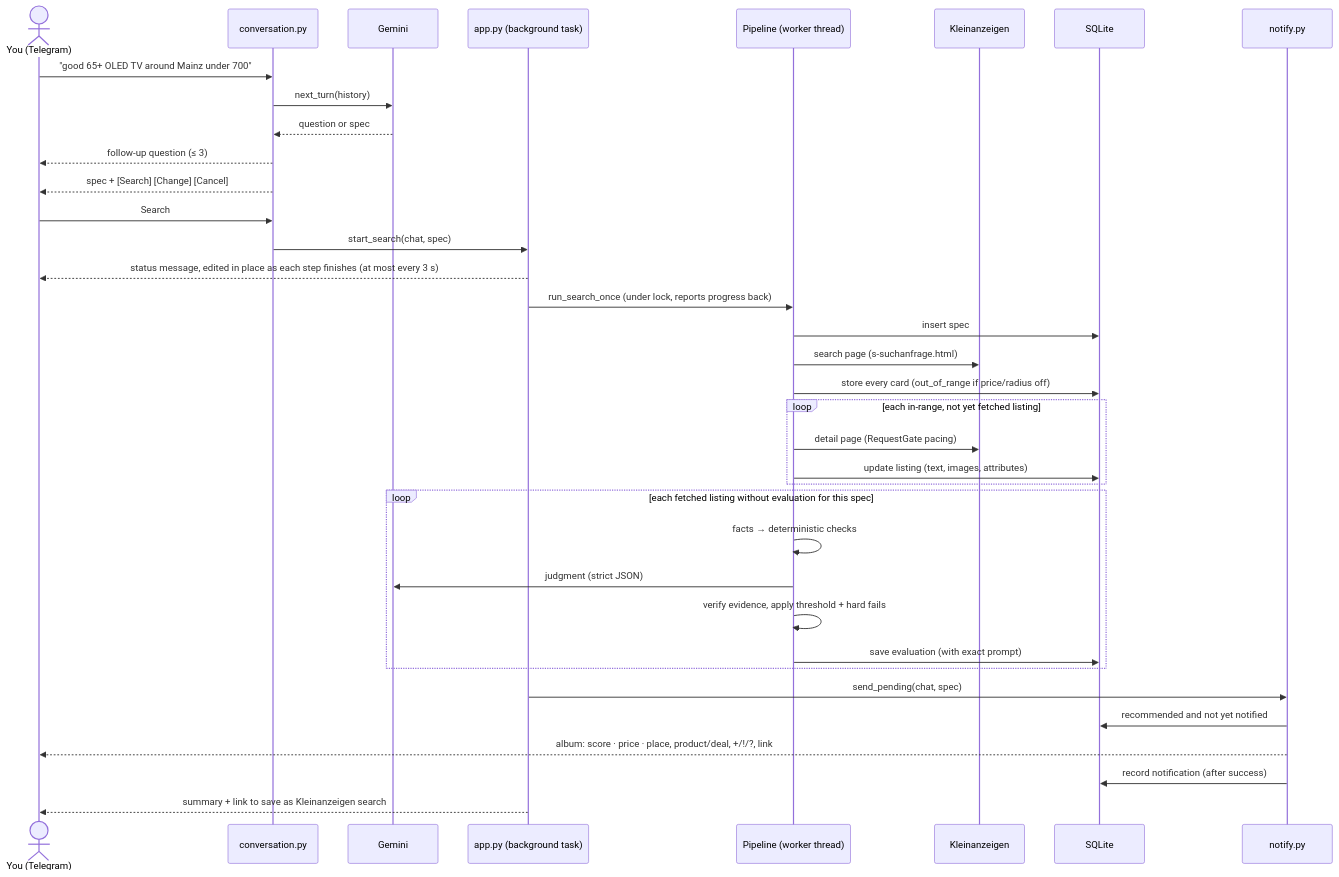
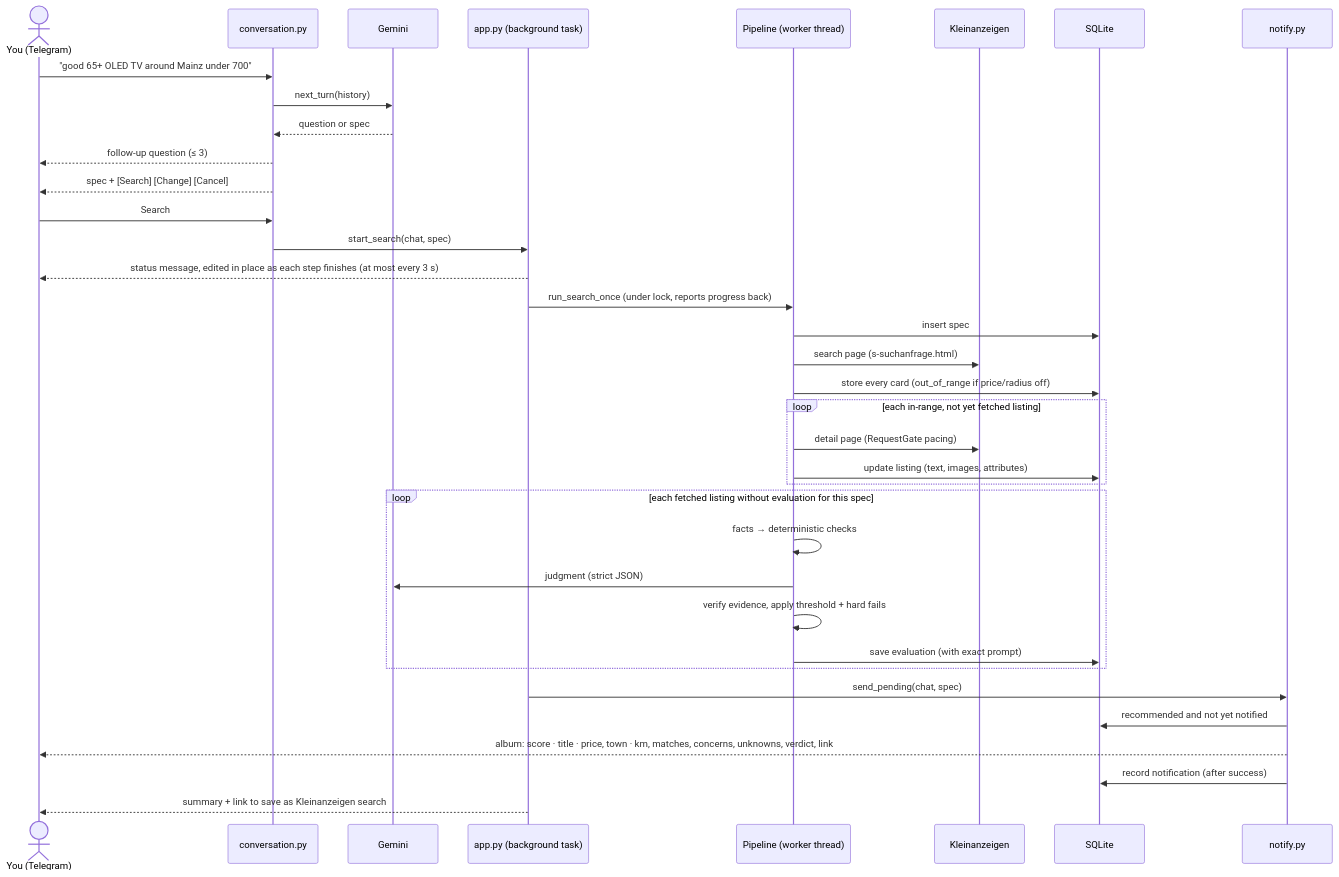
Before and after one commit to 5ayyadi/offer-finder: the first of 2 diagrams in docs/diagrams/flows.md, drawn with Mermaid. The commit also changed 5 other files, not shown here.

````diff
--- a/docs/diagrams/flows.md
+++ b/docs/diagrams/flows.md
@@ -5,39 +5,39 @@
 ```mermaid
 sequenceDiagram
     actor U as You (Telegram)
     participant C as conversation.py
     participant L as Gemini
     participant A as app.py (background task)
     participant P as Pipeline (worker thread)
     participant K as Kleinanzeigen
     participant D as SQLite
     participant N as notify.py
 
     U->>C: "good 65+ OLED TV around Mainz under 700"
     C->>L: next_turn(history)
     L-->>C: question or spec
     C-->>U: follow-up question (≤ 3)
     C-->>U: spec + [Search] [Change] [Cancel]
     U->>C: Search
     C->>A: start_search(chat, spec)
     A-->>U: status message, edited in place as each step finishes (at most every 3 s)
     A->>P: run_search_once (under lock, reports progress back)
     P->>D: insert spec
     P->>K: search page (s-suchanfrage.html)
     P->>D: store every card (out_of_range if price/radius off)
     loop each in-range, not yet fetched listing
         P->>K: detail page (RequestGate pacing)
         P->>D: update listing (text, images, attributes)
     end
     loop each fetched listing without evaluation for this spec
         P->>P: facts → deterministic checks
         P->>L: judgment (strict JSON)
         P->>P: verify evidence, apply threshold + hard fails
         P->>D: save evaluation (with exact prompt)
     end
     A->>N: send_pending(chat, spec)
     N->>D: recommended and not yet notified
-    N-->>U: album: score · price · place, product/deal, +/!/?, link
+    N-->>U: album: score · title · price, town · km, matches, concerns, unknowns, verdict, link
     N->>D: record notification (after success)
     A-->>U: summary + link to save as Kleinanzeigen search
 ```
````
